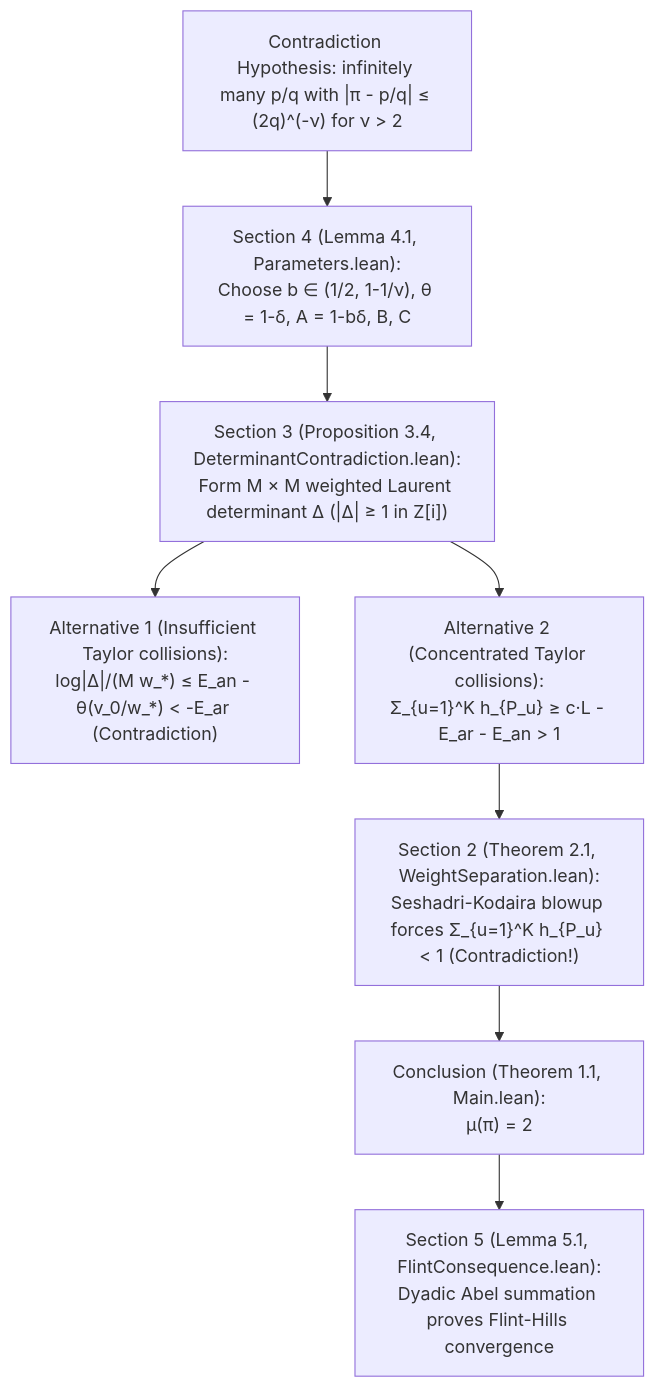
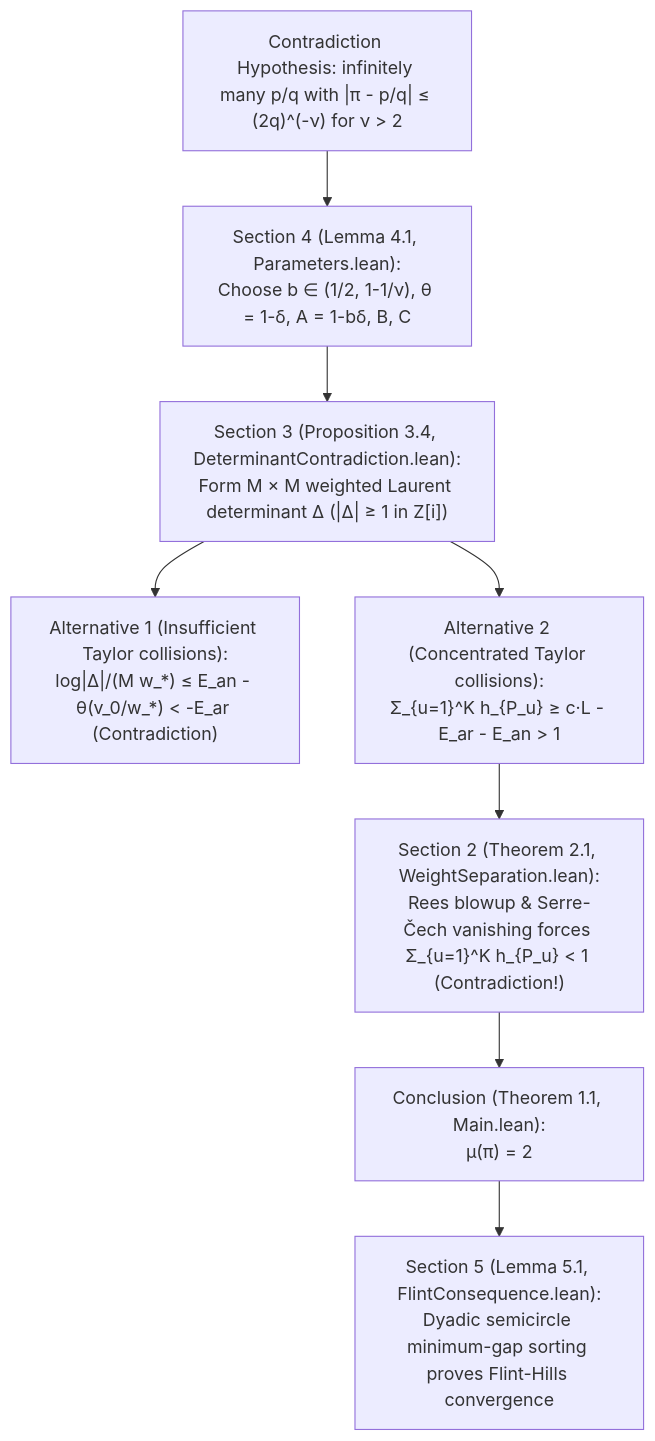
The diagram in anatomy/010-openai-017-pi-irrationality-exponent/en/02_Intermediate_Math_and_Code_Guide.md (gilheumpark-bit/ultari-proof-anatomy), drawn with Mermaid before and after one commit. The commit also changed other lines of this file and 17 other files, not shown here.

Commit message:
Case 010 (#017): align all 5 upstream .tex/.lean factual distinctions (dyadic LCM 4 log 2, Rees blowup + Serre/Cech vanishing, exact Main.lean:29-32 snippet, neutral 017.md scope framing, and semicircle jd gap sorting)

````diff
--- a/anatomy/010-openai-017-pi-irrationality-exponent/en/02_Intermediate_Math_and_Code_Guide.md
+++ b/anatomy/010-openai-017-pi-irrationality-exponent/en/02_Intermediate_Math_and_Code_Guide.md
@@ -12,10 +12,10 @@
 ```mermaid
 flowchart TD
     A["Contradiction Hypothesis: infinitely many p/q with |π - p/q| ≤ (2q)^(-ν) for ν > 2"] --> B["Section 4 (Lemma 4.1, Parameters.lean):<br/>Choose b ∈ (1/2, 1-1/ν), θ = 1-δ, A = 1-bδ, B, C"]
     B --> C["Section 3 (Proposition 3.4, DeterminantContradiction.lean):<br/>Form M × M weighted Laurent determinant Δ (|Δ| ≥ 1 in Z[i])"]
     C --> D["Alternative 1 (Insufficient Taylor collisions):<br/>log|Δ|/(M w_*) ≤ E_an - θ(v_0/w_*) < -E_ar (Contradiction)"]
     C --> E["Alternative 2 (Concentrated Taylor collisions):<br/>Σ_{u=1}^K h_{P_u} ≥ c·L - E_ar - E_an > 1"]
-    E --> F["Section 2 (Theorem 2.1, WeightSeparation.lean):<br/>Seshadri-Kodaira blowup forces Σ_{u=1}^K h_{P_u} < 1 (Contradiction!)"]
+    E --> F["Section 2 (Theorem 2.1, WeightSeparation.lean):<br/>Rees blowup & Serre-Čech vanishing forces Σ_{u=1}^K h_{P_u} < 1 (Contradiction!)"]
     F --> G["Conclusion (Theorem 1.1, Main.lean):<br/>μ(π) = 2"]
-    G --> H["Section 5 (Lemma 5.1, FlintConsequence.lean):<br/>Dyadic Abel summation proves Flint-Hills convergence"]
+    G --> H["Section 5 (Lemma 5.1, FlintConsequence.lean):<br/>Dyadic semicircle minimum-gap sorting proves Flint-Hills convergence"]
 ```
````
